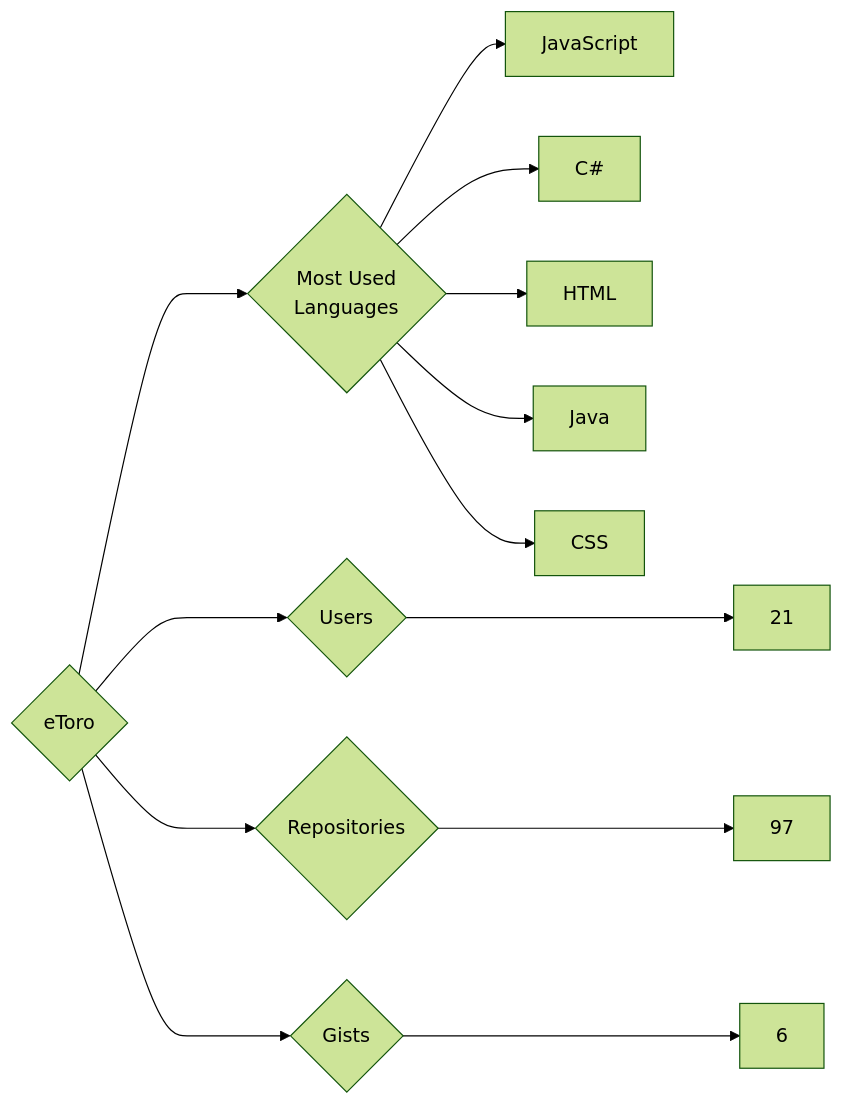
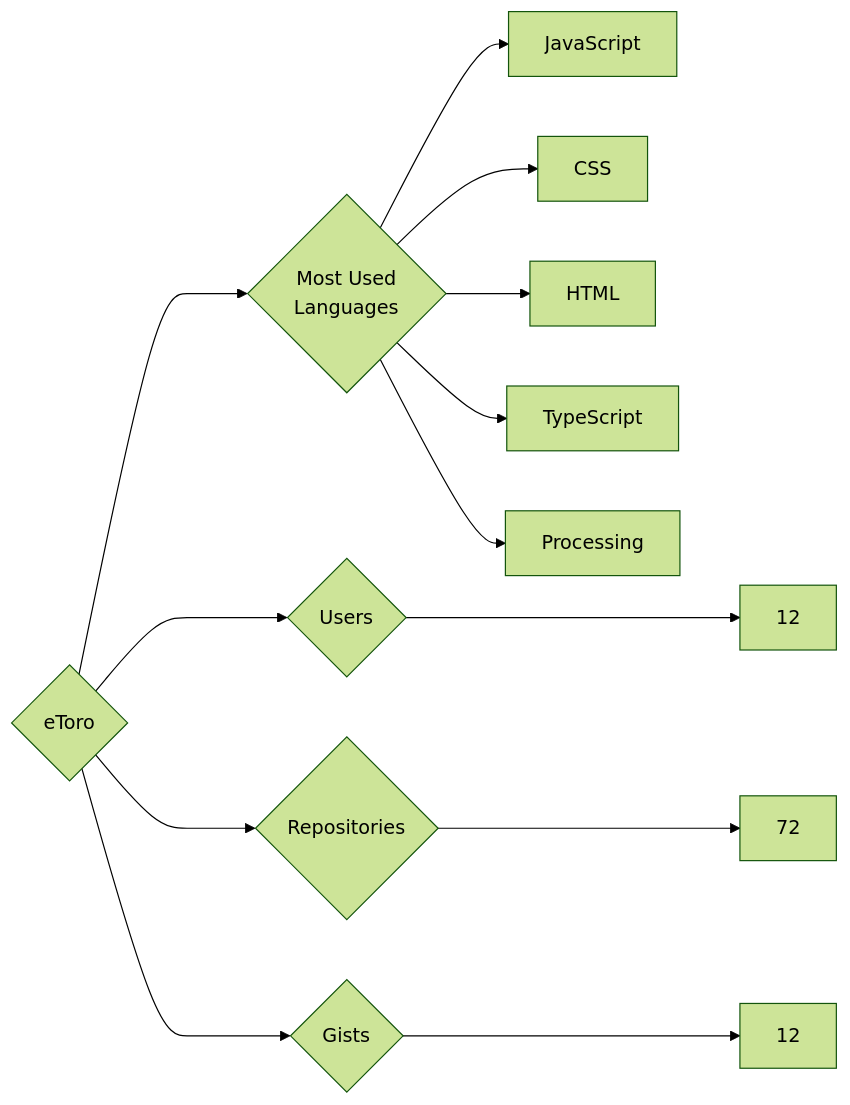
Before and after one commit to trickest/insiders: the diagram in targets/eToro/README.md, drawn with Mermaid (forest theme). The commit also changed 688 other files, not shown here.

````diff
--- a/targets/eToro/README.md
+++ b/targets/eToro/README.md
@@ -3,13 +3,13 @@
 ```mermaid
 graph LR
 COMPANY_NAME{eToro}
-COMPANY_NAME ---> U{Users} ---> UN[21]
-COMPANY_NAME ---> R{Repositories} ---> RN[97]
-COMPANY_NAME ---> G{Gists} ---> GN[6]
+COMPANY_NAME ---> U{Users} ---> UN[12]
+COMPANY_NAME ---> R{Repositories} ---> RN[72]
+COMPANY_NAME ---> G{Gists} ---> GN[12]
 COMPANY_NAME ---> ML{Most Used<br>Languages}
 ML --> JavaScript[JavaScript]
-ML --> C#[C#]
+ML --> CSS[CSS]
 ML --> HTML[HTML]
-ML --> Java[Java]
-ML --> CSS[CSS]
+ML --> TypeScript[TypeScript]
+ML --> Processing[Processing]
 ```
````
